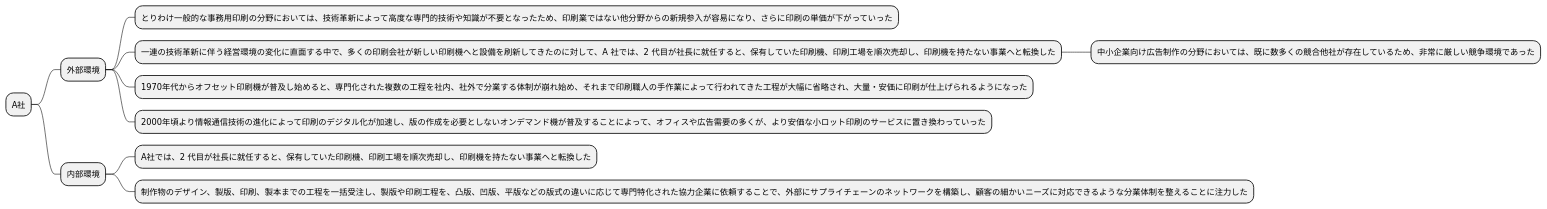
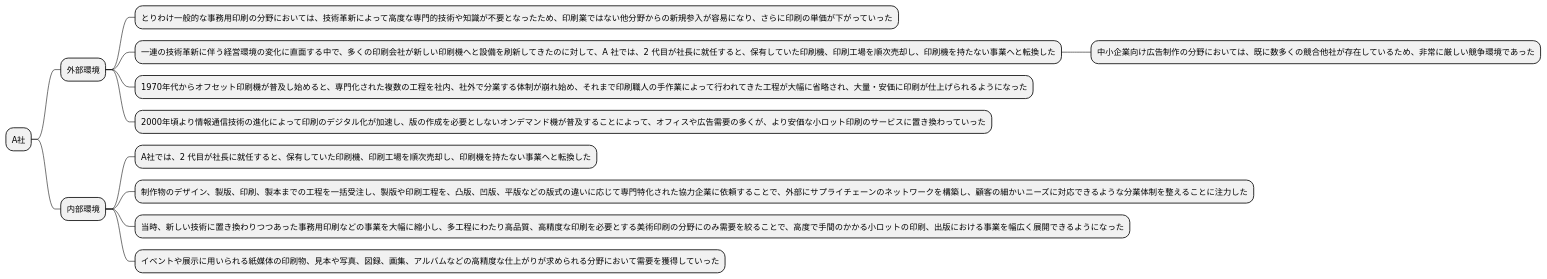
One commit to k2works/requirements_definition_excercise changed the fourth of 10 diagrams in docs/R03/master/study_1_r03.md. Above: the diagram before and after it, drawn with PlantUML. The commit also changed other lines of this file, not shown here.

````diff
--- a/docs/R03/master/study_1_r03.md
+++ b/docs/R03/master/study_1_r03.md
@@ -145,15 +148,17 @@
 ```plantuml
 @startmindmap
 
 * A社
 ** 外部環境
 *** とりわけ一般的な事務用印刷の分野においては、技術革新によって高度な専門的技術や知識が不要となったため、印刷業ではない他分野からの新規参入が容易になり、さらに印刷の単価が下がっていった
 *** 一連の技術革新に伴う経営環境の変化に直面する中で、多くの印刷会社が新しい印刷機へと設備を刷新してきたのに対して、A 社では、2 代目が社長に就任すると、保有していた印刷機、印刷工場を順次売却し、印刷機を持たない事業へと転換した
 **** 中小企業向け広告制作の分野においては、既に数多くの競合他社が存在しているため、非常に厳しい競争環境であった
 *** 1970年代からオフセット印刷機が普及し始めると、専門化された複数の工程を社内、社外で分業する体制が崩れ始め、それまで印刷職人の手作業によって行われてきた工程が大幅に省略され、大量・安価に印刷が仕上げられるようになった
 *** 2000年頃より情報通信技術の進化によって印刷のデジタル化が加速し、版の作成を必要としないオンデマンド機が普及することによって、オフィスや広告需要の多くが、より安価な小ロット印刷のサービスに置き換わっていった
 ** 内部環境
 *** A社では、2 代目が社長に就任すると、保有していた印刷機、印刷工場を順次売却し、印刷機を持たない事業へと転換した
 *** 制作物のデザイン、製版、印刷、製本までの工程を一括受注し、製版や印刷工程を、凸版、凹版、平版などの版式の違いに応じて専門特化された協力企業に依頼することで、外部にサプライチェーンのネットワークを構築し、顧客の細かいニーズに対応できるような分業体制を整えることに注力した
+*** 当時、新しい技術に置き換わりつつあった事務用印刷などの事業を大幅に縮小し、多工程にわたり高品質、高精度な印刷を必要とする美術印刷の分野にのみ需要を絞ることで、高度で手間のかかる小ロットの印刷、出版における事業を幅広く展開できるようになった
+*** イベントや展示に用いられる紙媒体の印刷物、見本や写真、図録、画集、アルバムなどの高精度な仕上がりが求められる分野において需要を獲得していった
 @endmindmap
 ```
````
